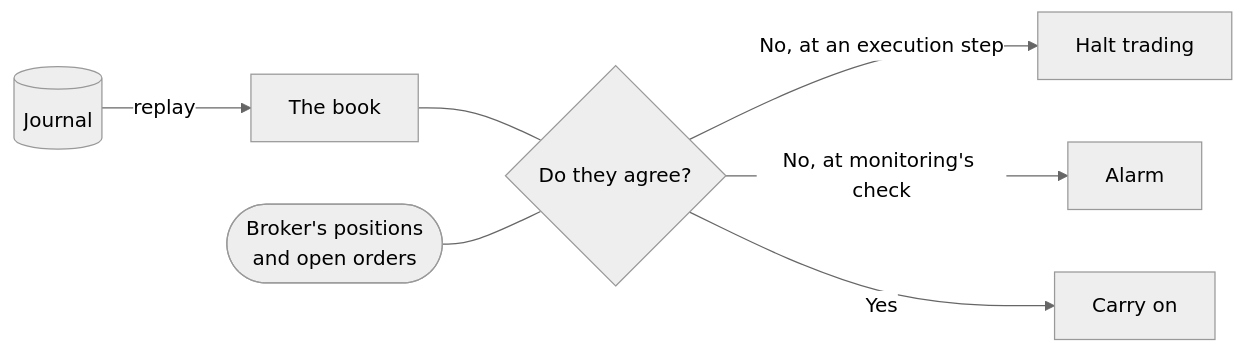
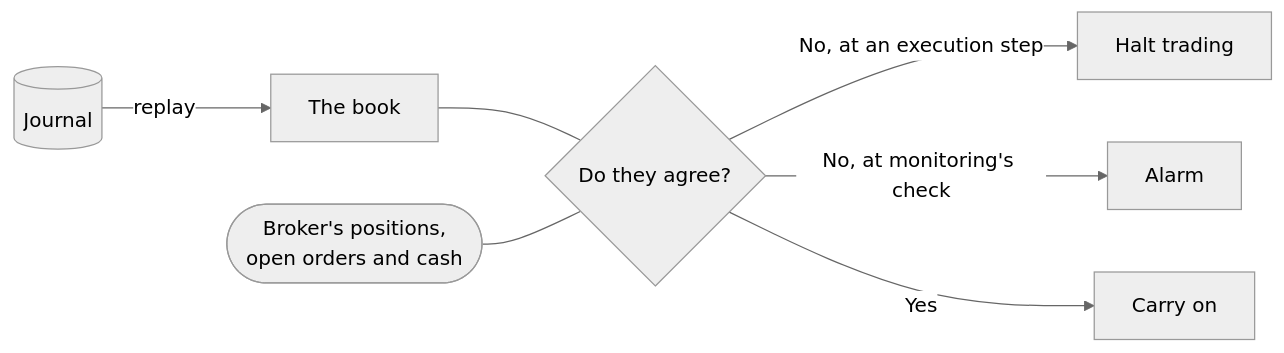
One commit to l3a0/ithildin-runtime changed diagram 14 of 33 in docs/architecture.md. Above: the diagram before and after it, drawn with Mermaid (neutral theme). The commit also changed other lines of this file and 2 other files, not shown here.

````diff
--- a/docs/architecture.md
+++ b/docs/architecture.md
@@ -792,10 +807,10 @@
 ```mermaid
 flowchart LR
     journal[("Journal")] -->|"replay"| book["The book"]
-    broker(["Broker's positions<br/>and open orders"])
+    broker(["Broker's positions,<br/>open orders and cash"])
     book --- cmp{"Do they agree?"}
     broker --- cmp
     cmp -- "No, at an execution step" --> halt["Halt trading"]
     cmp -- "No, at monitoring's check" --> alarm["Alarm"]
     cmp -- "Yes" --> go["Carry on"]
 ```
````
